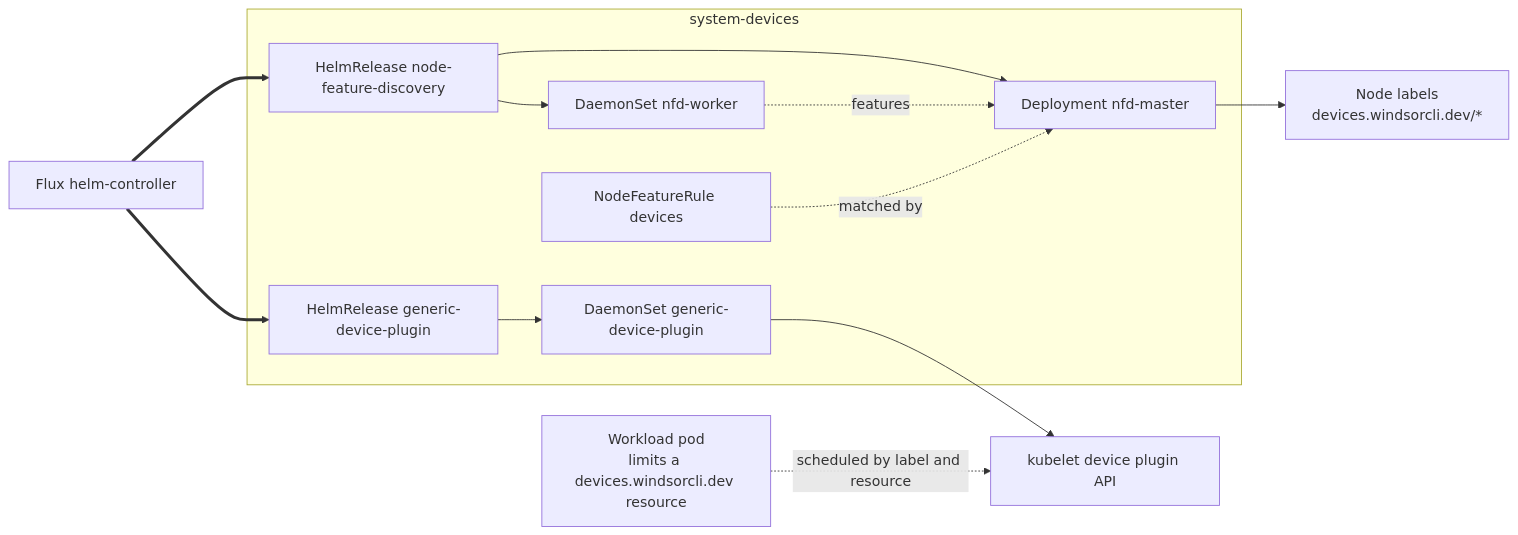
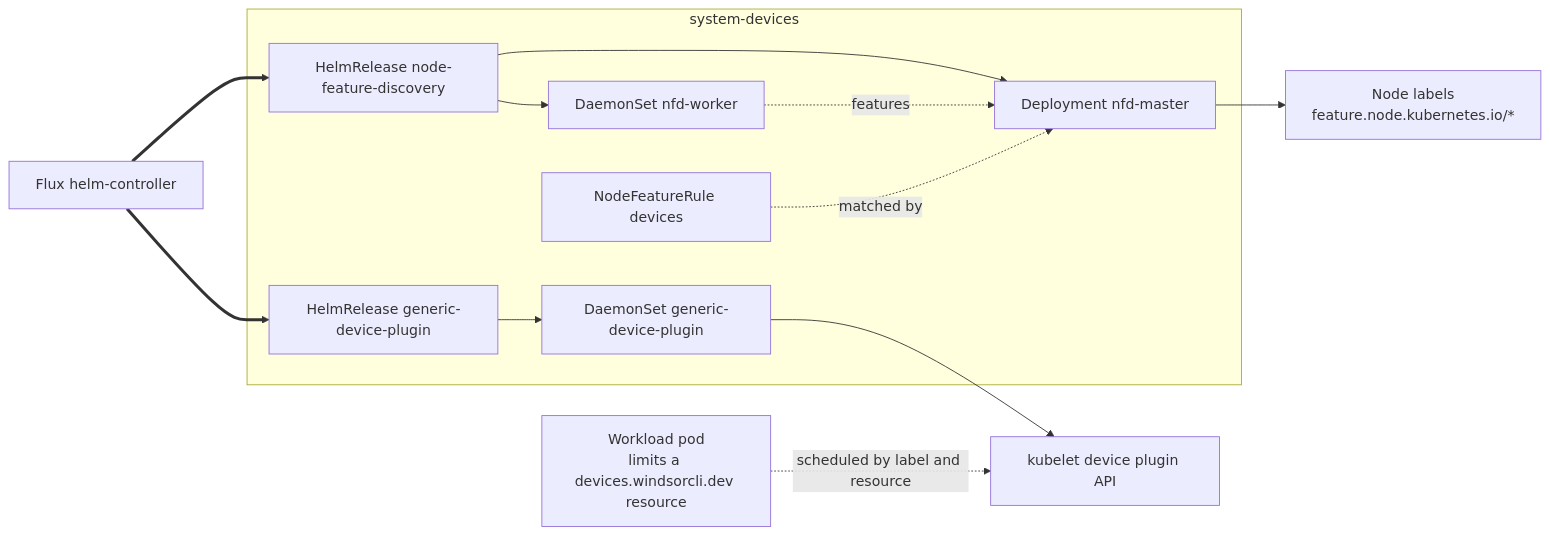
Before and after one commit to windsorcli/core: the diagram in kustomize/devices/README.md, drawn with Mermaid. The commit also changed other lines of this file and 3 other files, not shown here.

Commit message:
refactor(devices): label device nodes under feature.node.kubernetes.io

````diff
--- a/kustomize/devices/README.md
+++ b/kustomize/devices/README.md
@@ -10,25 +10,25 @@
 ```mermaid
 flowchart LR
   flux[Flux helm-controller]
 
   subgraph systemdevices[system-devices]
     nfd_hr[HelmRelease node-feature-discovery]
     master[Deployment nfd-master]
     worker[DaemonSet nfd-worker]
     rule[NodeFeatureRule devices]
     gdp_hr[HelmRelease generic-device-plugin]
     gdp[DaemonSet generic-device-plugin]
   end
 
-  node[Node labels<br/>devices.windsorcli.dev/*]
+  node[Node labels<br/>feature.node.kubernetes.io/*]
   kubelet[kubelet device plugin API]
   pod[Workload pod<br/>limits a devices.windsorcli.dev resource]
 
   flux ==> nfd_hr --> master & worker
   flux ==> gdp_hr --> gdp
   worker -.features.-> master
   rule -.matched by.-> master
   master --> node
   gdp --> kubelet
   pod -.scheduled by label and resource.-> kubelet
 ```
````
